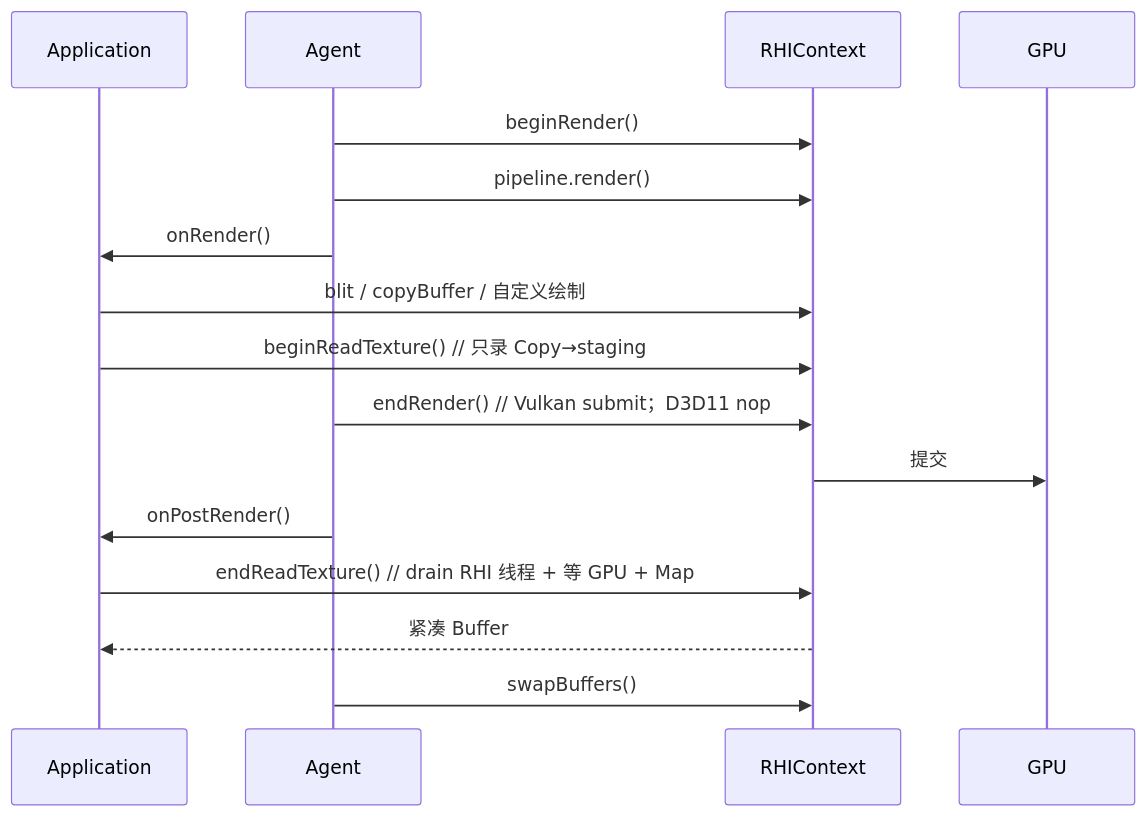
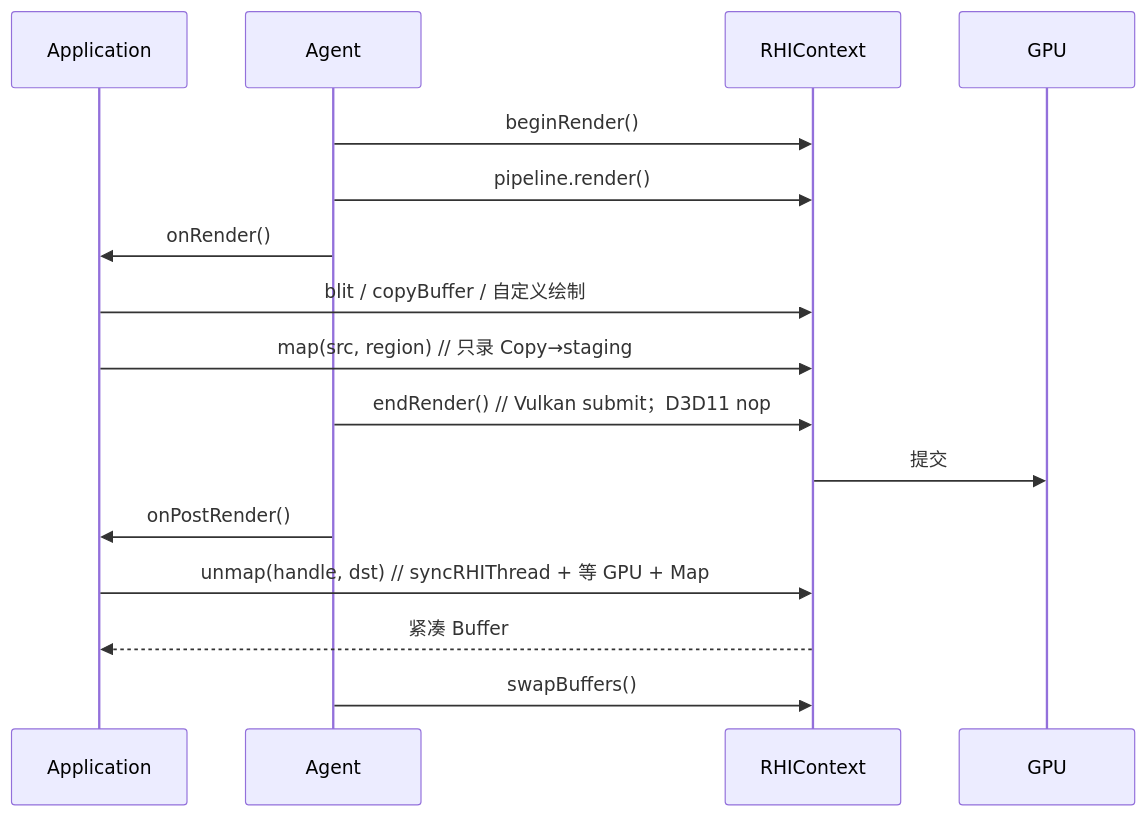
The diagram in doc/todo/GPU-Readback-onRender-Design-todo.md (answerear/Tiny3D), drawn with Mermaid before and after one commit. The commit also changed other lines of this file and 8 other files, not shown here.

````diff
--- a/doc/todo/GPU-Readback-onRender-Design-todo.md
+++ b/doc/todo/GPU-Readback-onRender-Design-todo.md
@@ -111,19 +134,19 @@
 ```mermaid
 sequenceDiagram
     participant App as Application
     participant Agent
     participant Ctx as RHIContext
     participant GPU
 
     Agent->>Ctx: beginRender()
     Agent->>Ctx: pipeline.render()
     Agent->>App: onRender()
     App->>Ctx: blit / copyBuffer / 自定义绘制
-    App->>Ctx: beginReadTexture()  // 只录 Copy→staging
+    App->>Ctx: map(src, region)    // 只录 Copy→staging
     Agent->>Ctx: endRender()       // Vulkan submit；D3D11 nop
     Ctx->>GPU: 提交
     Agent->>App: onPostRender()
-    App->>Ctx: endReadTexture()    // drain RHI 线程 + 等 GPU + Map
+    App->>Ctx: unmap(handle, dst)  // syncRHIThread + 等 GPU + Map
     Ctx-->>App: 紧凑 Buffer
     Agent->>Ctx: swapBuffers()
 ```
````
